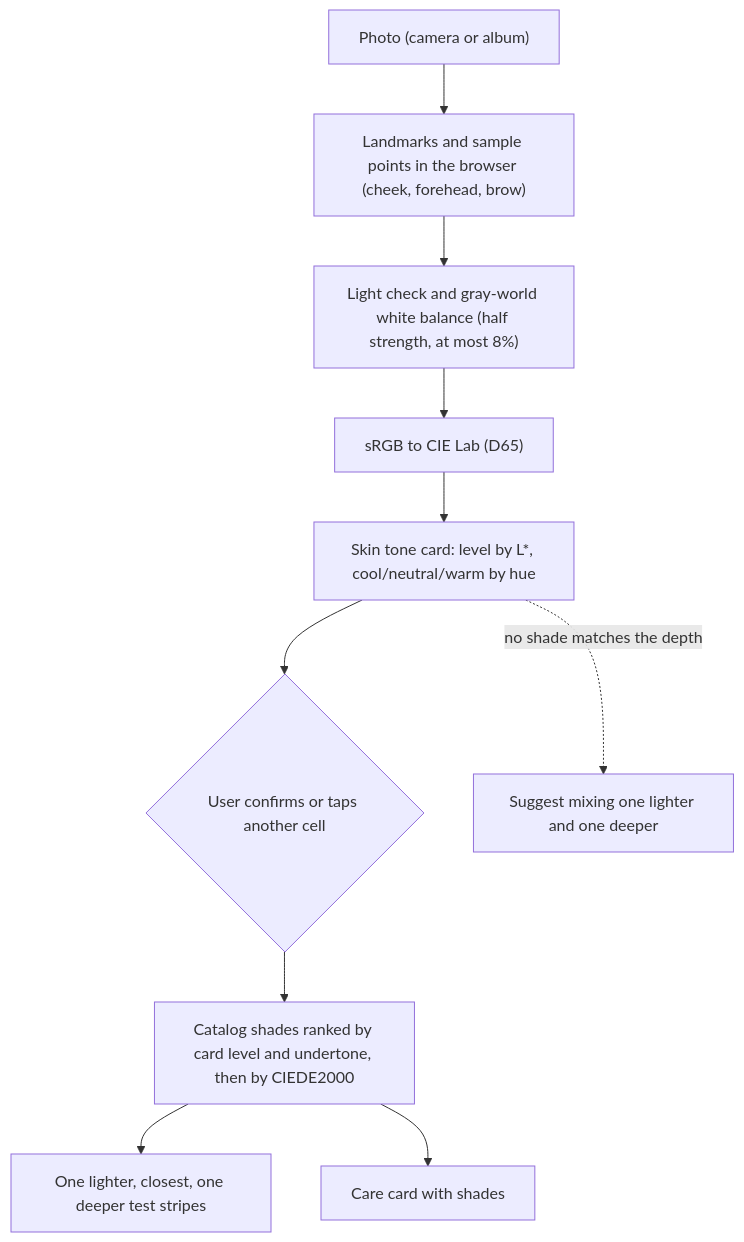
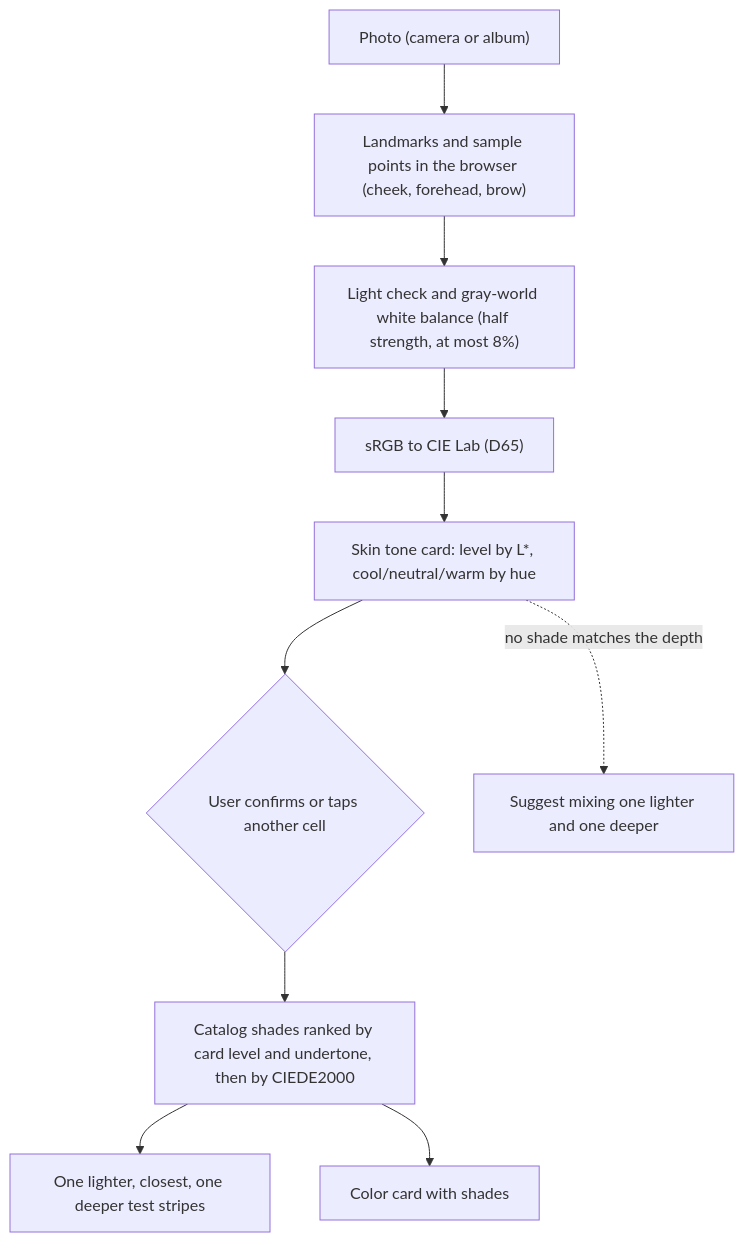
One commit to jiarong0423/goodglow-try-on changed the fifth of 13 diagrams in docs/ARCHITECTURE.md. Above: the diagram before and after it, drawn with Mermaid. The commit also changed other lines of this file and 1 other file, not shown here.

Commit message:
Name the take-away card consistently (color card), as the app does

````diff
--- a/docs/ARCHITECTURE.md
+++ b/docs/ARCHITECTURE.md
@@ -147,12 +147,12 @@
 ```mermaid
 flowchart TB
   A["Photo (camera or album)"] --> B["Landmarks and sample points in the browser (cheek, forehead, brow)"]
   B --> C["Light check and gray-world white balance (half strength, at most 8%)"]
   C --> D["sRGB to CIE Lab (D65)"]
   D --> E["Skin tone card: level by L*, cool/neutral/warm by hue"]
   E --> F{"User confirms or taps another cell"}
   F --> G["Catalog shades ranked by card level and undertone, then by CIEDE2000"]
   G --> H["One lighter, closest, one deeper test stripes"]
-  G --> I["Care card with shades"]
+  G --> I["Color card with shades"]
   E -. "no shade matches the depth" .-> J["Suggest mixing one lighter and one deeper"]
 ```
````
